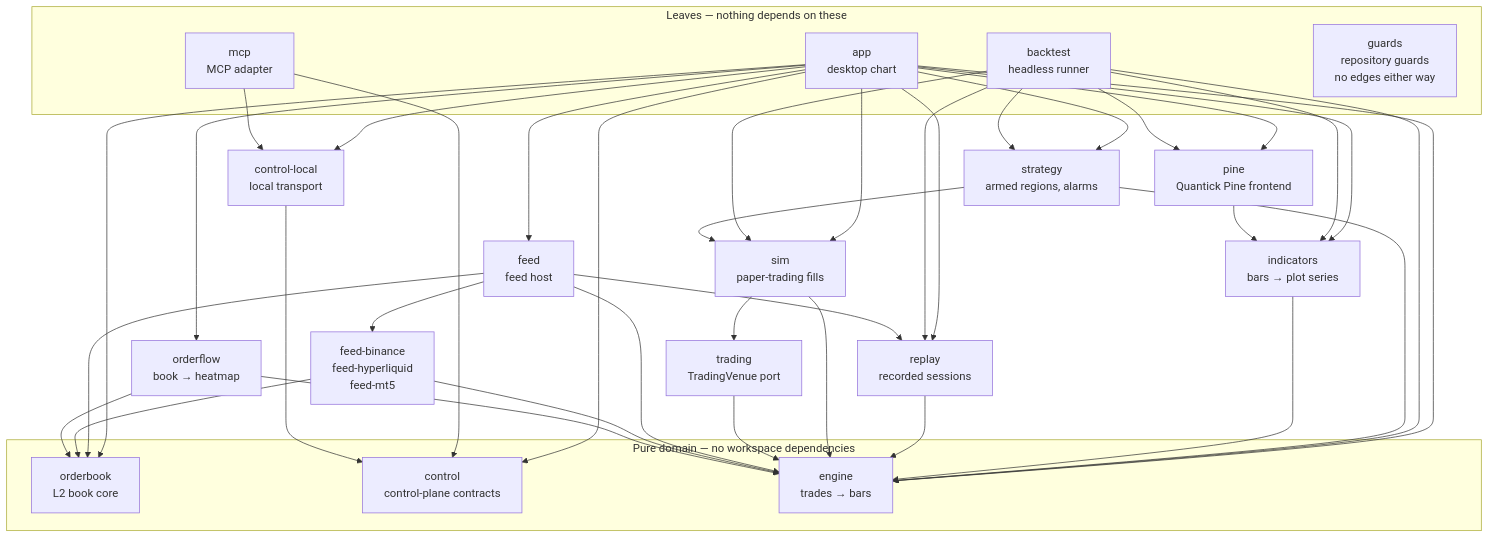
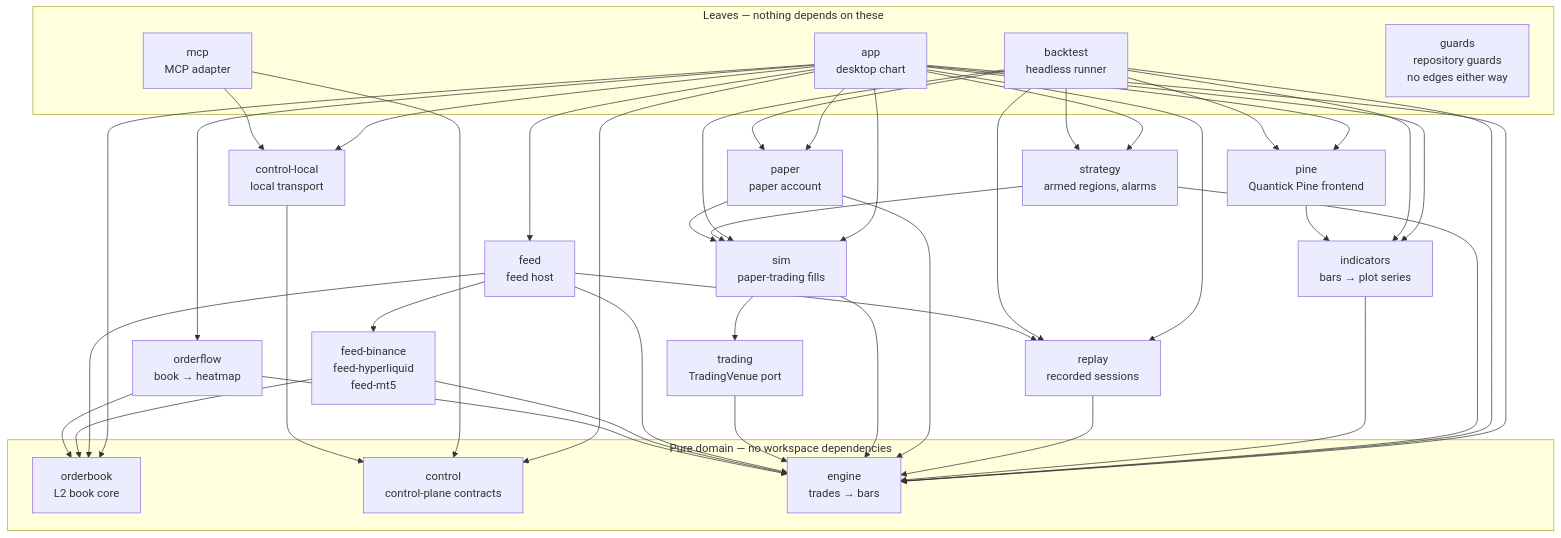
Before and after one commit to milocaetano/quantick: the diagram in AGENTS.md, drawn with Mermaid. The commit also changed other lines of this file and 21 other files, not shown here.

First line of the commit message:
refactor(paper): move the paper account into a headless crate

````diff
--- a/AGENTS.md
+++ b/AGENTS.md
@@ -108,53 +108,57 @@
 ```mermaid
 graph TD
   subgraph leaves["Leaves — nothing depends on these"]
     app["app<br/>desktop chart"]
     backtest["backtest<br/>headless runner"]
     mcp["mcp<br/>MCP adapter"]
     guards["guards<br/>repository guards<br/>no edges either way"]
   end
 
   app --> pine
   app --> indicators
   app --> strategy
   app --> sim
+  app --> paper
   app --> replay
   app --> orderbook
   app --> orderflow
   app --> feed
   app --> control
   app --> controllocal
   app --> engine
   backtest --> strategy
   backtest --> pine
   backtest --> indicators
   backtest --> replay
   backtest --> sim
+  backtest --> paper
   backtest --> engine
   mcp --> controllocal
   mcp --> control
 
   pine["pine<br/>Quantick Pine frontend"] --> indicators
   strategy["strategy<br/>armed regions, alarms"] --> sim
   strategy --> engine
   controllocal["control-local<br/>local transport"] --> control
   indicators["indicators<br/>bars → plot series"] --> engine
   replay["replay<br/>recorded sessions"] --> engine
+  paper["paper<br/>paper account"] --> sim
+  paper --> engine
   sim["sim<br/>paper-trading fills"] --> trading
   sim --> engine
   trading["trading<br/>TradingVenue port"] --> engine
   feed["feed<br/>feed host"] --> feeds
   feed --> replay
   feed --> orderbook
   feed --> engine
   feeds["feed-binance<br/>feed-hyperliquid<br/>feed-mt5"] --> engine
   feeds --> orderbook
   orderflow["orderflow<br/>book → heatmap"] --> engine
   orderflow --> orderbook
 
   subgraph pure["Pure domain — no workspace dependencies"]
     engine["engine<br/>trades → bars"]
     orderbook["orderbook<br/>L2 book core"]
     control["control<br/>control-plane contracts"]
   end
 ```
````
